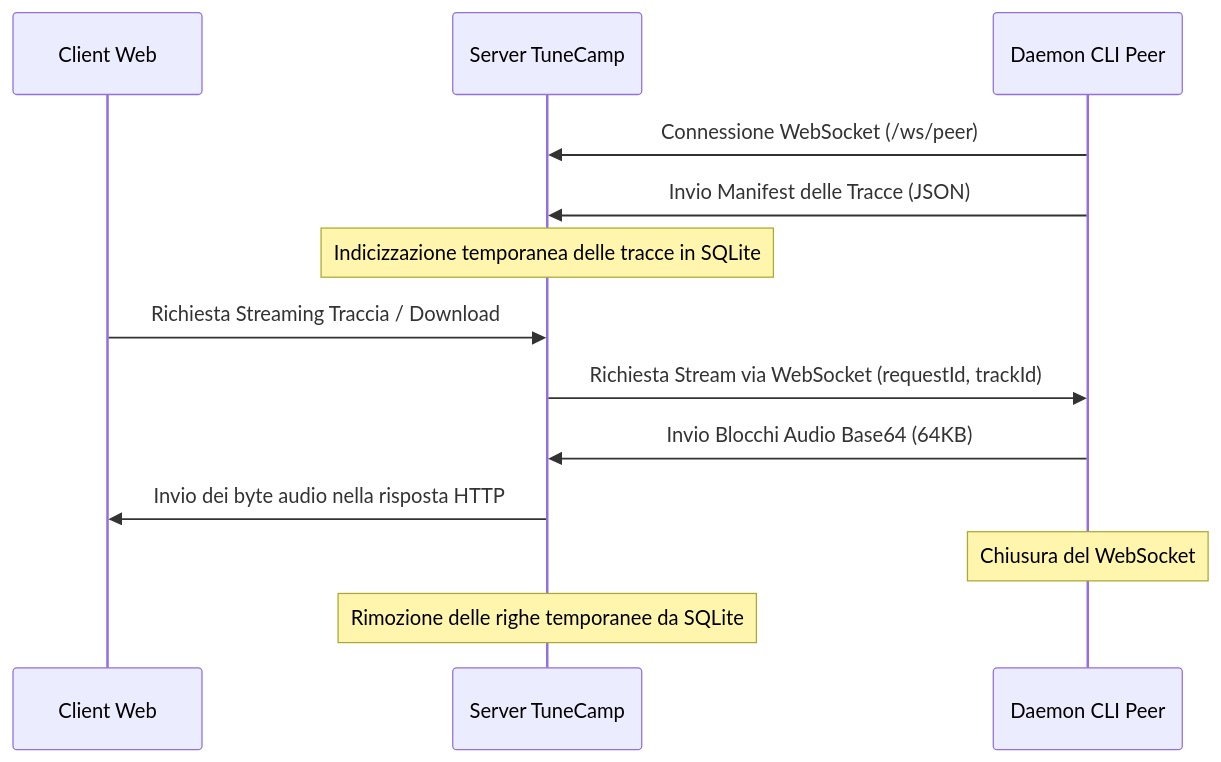
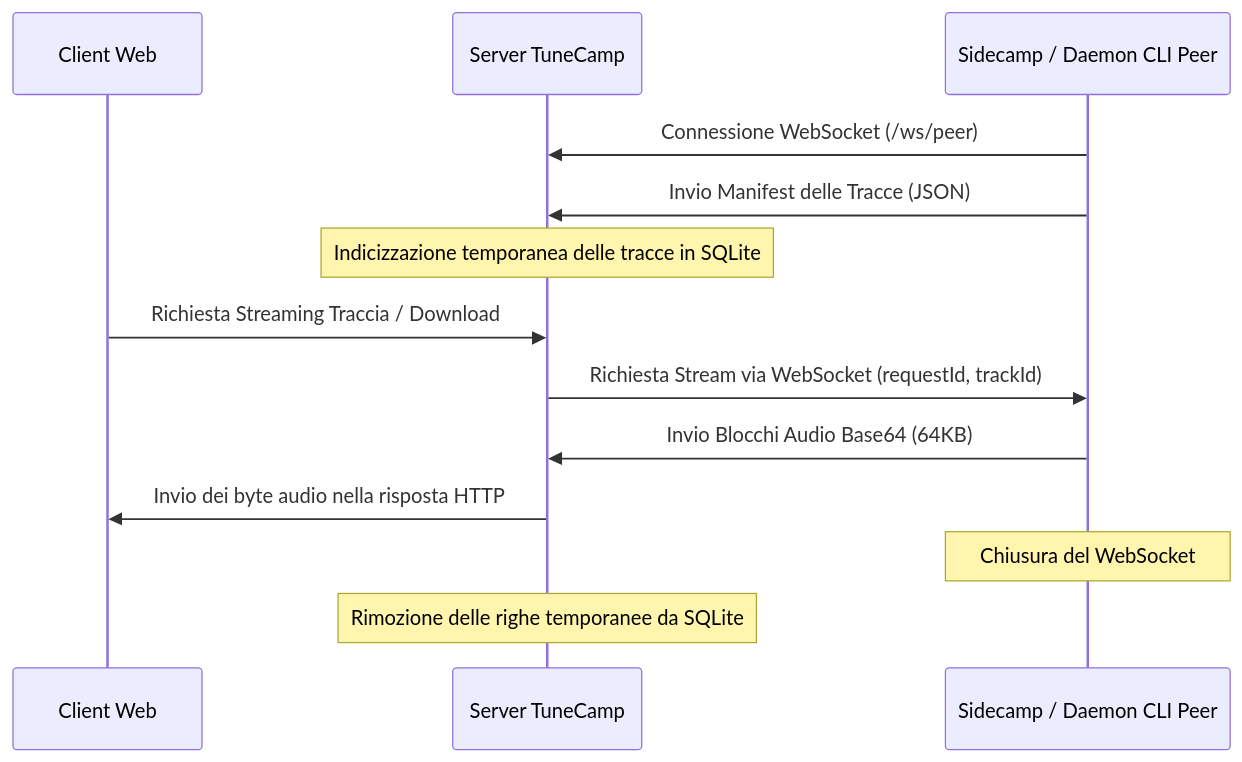
Before and after one commit to scobru/tunecamp-ecosystem: the diagram in docs/tunecamp/it/sidecamp.md, drawn with Mermaid. The commit also changed other lines of this file and 16 other files, not shown here.

````diff
--- a/docs/tunecamp/it/sidecamp.md
+++ b/docs/tunecamp/it/sidecamp.md
@@ -9,18 +72,18 @@
 ```mermaid
 sequenceDiagram
     participant Browser as Client Web
     participant Server as Server TuneCamp
-    participant Daemon as Daemon CLI Peer
+    participant Daemon as Sidecamp / Daemon CLI Peer
     
     Daemon->>Server: Connessione WebSocket (/ws/peer)
     Daemon->>Server: Invio Manifest delle Tracce (JSON)
     Note over Server: Indicizzazione temporanea delle tracce in SQLite
     
     Browser->>Server: Richiesta Streaming Traccia / Download
     Server->>Daemon: Richiesta Stream via WebSocket (requestId, trackId)
     Daemon->>Server: Invio Blocchi Audio Base64 (64KB)
     Server->>Browser: Invio dei byte audio nella risposta HTTP
     
     Note over Daemon: Chiusura del WebSocket
     Note over Server: Rimozione delle righe temporanee da SQLite
 ```
````
